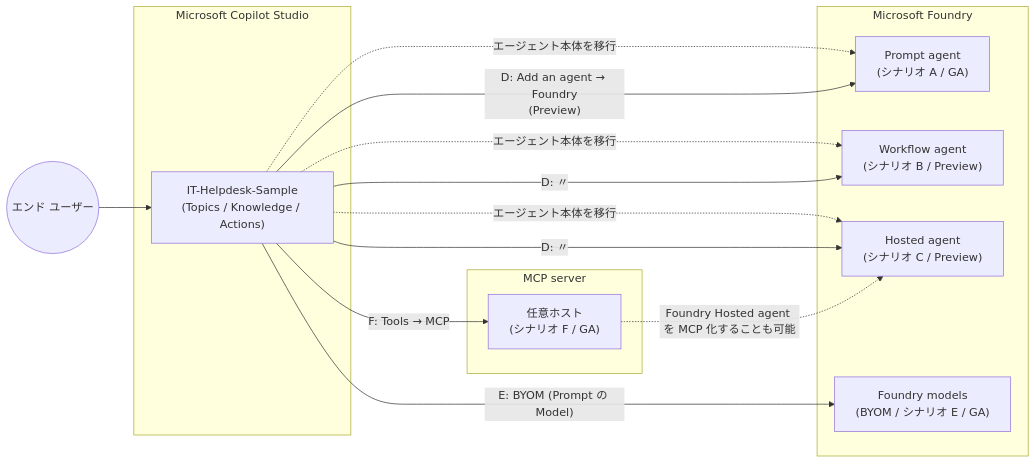
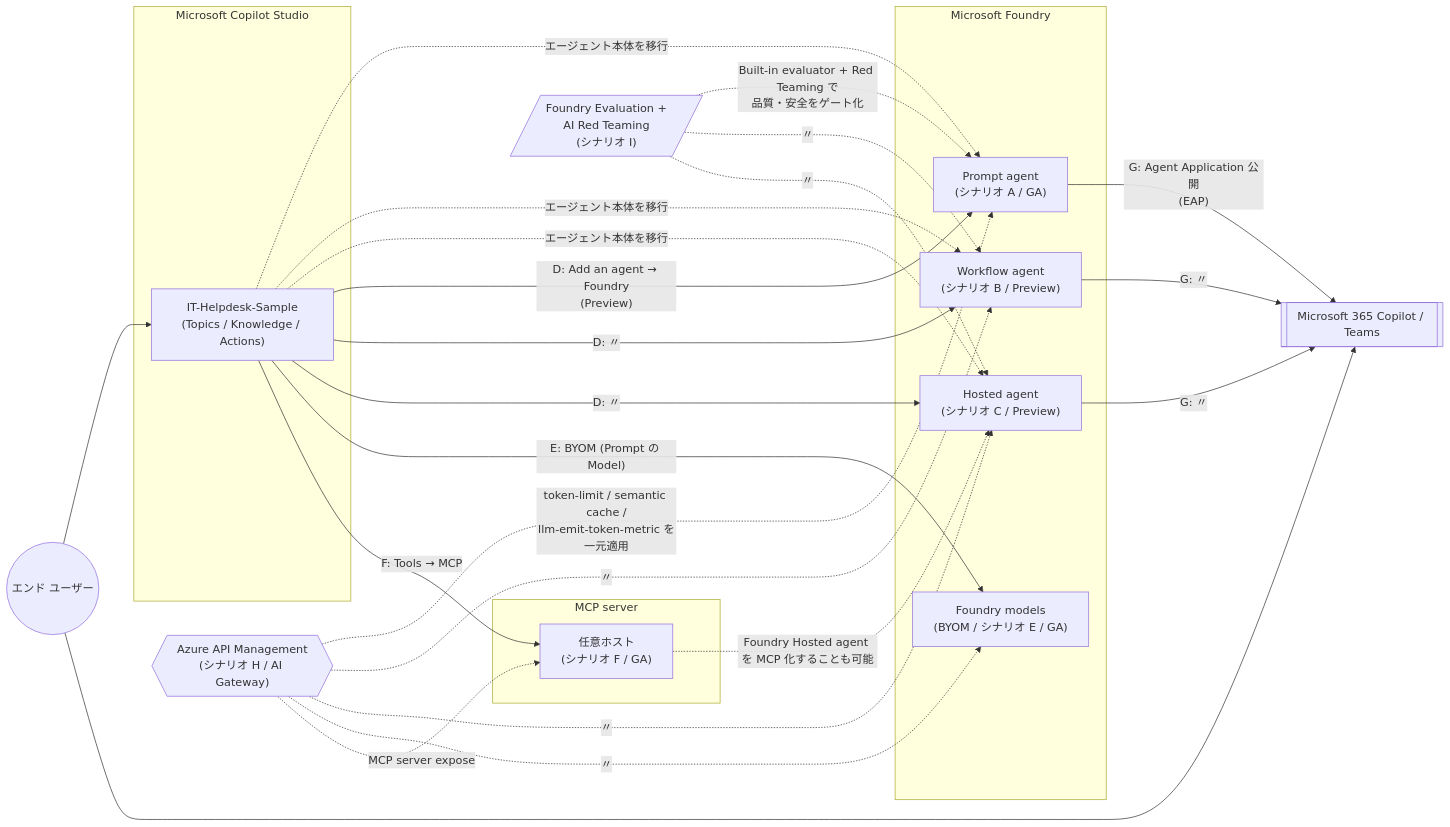
The diagram in README.md (213yuka/copilot-studio-foundry-lab), drawn with Mermaid before and after one commit. The commit also changed other lines of this file and 15 other files, not shown here.

````diff
--- a/README.md
+++ b/README.md
@@ -26,26 +28,46 @@
 ```mermaid
 flowchart LR
   User((エンド ユーザー))
   subgraph CS["Microsoft Copilot Studio"]
     CSAgent["IT-Helpdesk-Sample<br/>(Topics / Knowledge / Actions)"]
   end
   subgraph Foundry["Microsoft Foundry"]
     PA["Prompt agent<br/>(シナリオ A / GA)"]
     WA["Workflow agent<br/>(シナリオ B / Preview)"]
     HA["Hosted agent<br/>(シナリオ C / Preview)"]
     Model["Foundry models<br/>(BYOM / シナリオ E / GA)"]
   end
   subgraph MCP["MCP server"]
     MCPSrv["任意ホスト<br/>(シナリオ F / GA)"]
   end
+  M365[["Microsoft 365 Copilot / Teams"]]
+  APIM{{"Azure API Management<br/>(シナリオ H / AI Gateway)"}}
+  Eval[/"Foundry Evaluation +<br/>AI Red Teaming<br/>(シナリオ I)"/]
+
   User --> CSAgent
+  User --> M365
+
   CSAgent -.エージェント本体を移行.-> PA
   CSAgent -.エージェント本体を移行.-> WA
   CSAgent -.エージェント本体を移行.-> HA
   CSAgent --"D: Add an agent → Foundry<br/>(Preview)"--> PA
   CSAgent --"D: 〃"--> WA
   CSAgent --"D: 〃"--> HA
   CSAgent --"E: BYOM (Prompt の Model)"--> Model
   CSAgent --"F: Tools → MCP"--> MCPSrv
   MCPSrv -.Foundry Hosted agent を MCP 化することも可能.-> HA
+
+  PA --"G: Agent Application 公開<br/>(EAP)"--> M365
+  WA --"G: 〃"--> M365
+  HA --"G: 〃"--> M365
+
+  APIM -.token-limit / semantic cache /<br/>llm-emit-token-metric を一元適用.-> PA
+  APIM -.〃.-> WA
+  APIM -.〃.-> HA
+  APIM -.〃.-> Model
+  APIM -.MCP server expose.-> MCPSrv
+
+  Eval -.Built-in evaluator + Red Teaming で<br/>品質・安全をゲート化.-> PA
+  Eval -.〃.-> WA
+  Eval -.〃.-> HA
 ```
````
